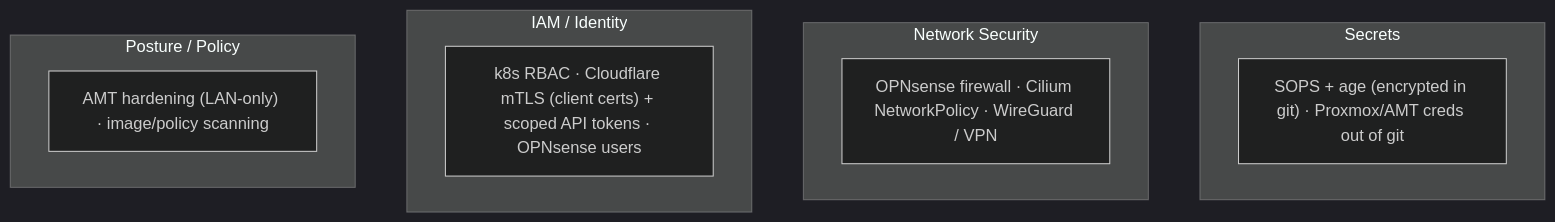
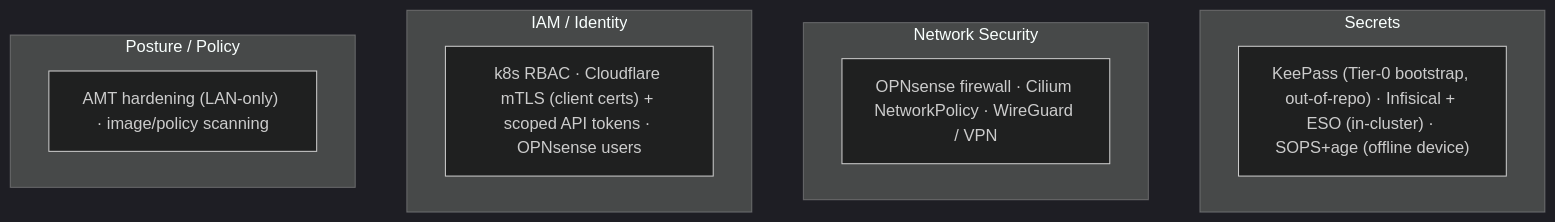
The sixth of 6 diagrams in ARCHITECTURE.md (teststuffstash/homelab), drawn with Mermaid (dark theme) before and after one commit. The commit also changed other lines of this file and 4 other files, not shown here.

First line of the commit message:
docs: record GitOps + secrets stack as live (ArgoCD/CNPG/Infisical/ESO)

````diff
--- a/ARCHITECTURE.md
+++ b/ARCHITECTURE.md
@@ -127,15 +128,15 @@
 ```mermaid
 flowchart TB
     subgraph SECRETS["Secrets"]
-        K["SOPS + age (encrypted in git) · Proxmox/AMT creds out of git"]
+        K["KeePass (Tier-0 bootstrap, out-of-repo) · Infisical + ESO (in-cluster) · SOPS+age (offline device)"]
     end
     subgraph NETSEC["Network Security"]
         F["OPNsense firewall · Cilium NetworkPolicy · WireGuard / VPN"]
     end
     subgraph IAM["IAM / Identity"]
         I["k8s RBAC · Cloudflare mTLS (client certs) + scoped API tokens · OPNsense users"]
     end
     subgraph POSTURE["Posture / Policy"]
         P["AMT hardening (LAN-only) · image/policy scanning"]
     end
 ```
````
